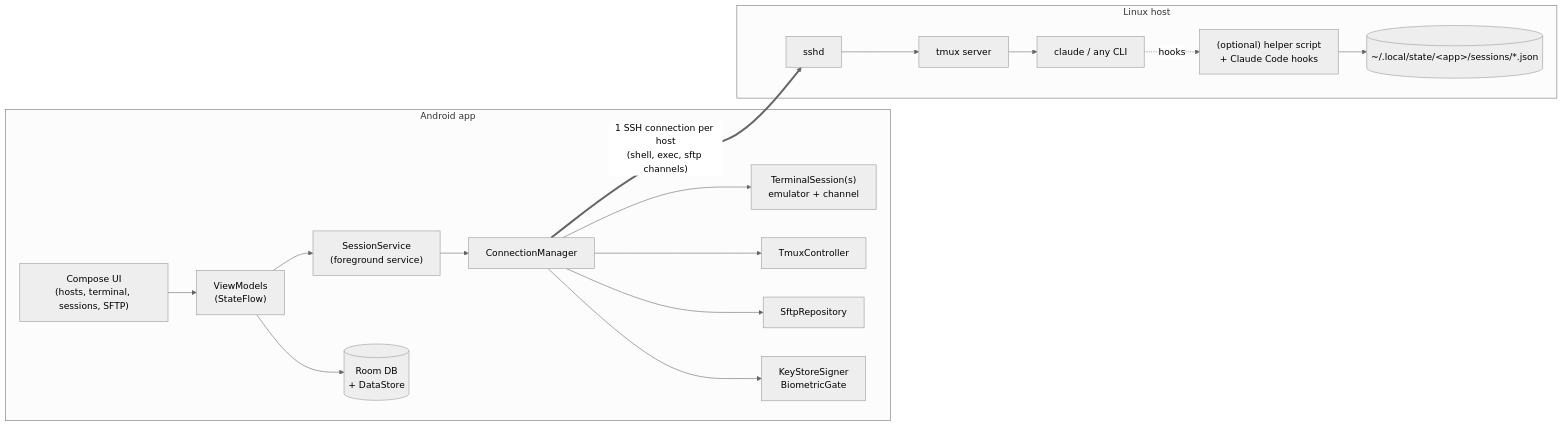
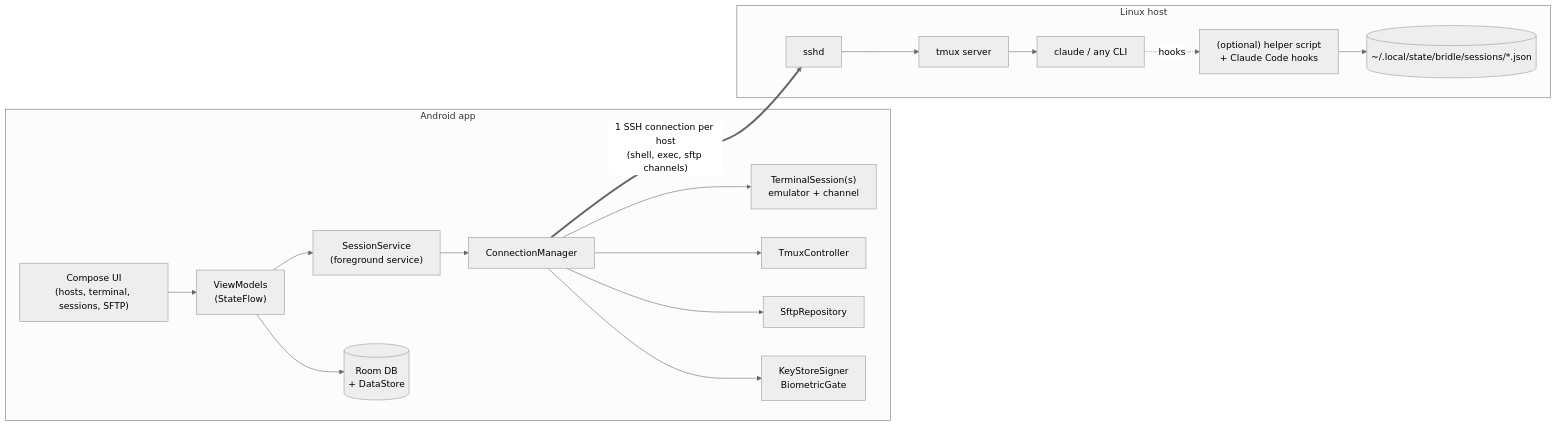
The diagram in docs/02-architecture.md (kitefold-labs/bridle), drawn with Mermaid (neutral theme) before and after one commit. The commit also changed other lines of this file and 6 other files, not shown here.

First line of the commit message:
Name the app Bridle (Kitefold Labs), add Apache-2.0 license, apply decisions

````diff
--- a/docs/02-architecture.md
+++ b/docs/02-architecture.md
@@ -5,31 +5,31 @@
 ```mermaid
 flowchart LR
   subgraph Phone["Android app"]
     UI["Compose UI<br/>(hosts, terminal, sessions, SFTP)"]
     VM["ViewModels<br/>(StateFlow)"]
     SVC["SessionService<br/>(foreground service)"]
     CM["ConnectionManager"]
     TS["TerminalSession(s)<br/>emulator + channel"]
     TMX["TmuxController"]
     SFTP["SftpRepository"]
     SEC["KeyStoreSigner<br/>BiometricGate"]
     DB[("Room DB<br/>+ DataStore")]
     UI --> VM --> SVC
     SVC --> CM
     CM --> TS
     CM --> TMX
     CM --> SFTP
     CM --> SEC
     VM --> DB
   end
   subgraph Host["Linux host"]
     SSHD["sshd"]
     TMUX["tmux server"]
     CLAUDE["claude / any CLI"]
     HELPER["(optional) helper script<br/>+ Claude Code hooks"]
-    STATE[("~/.local/state/&lt;app&gt;/sessions/*.json")]
+    STATE[("~/.local/state/bridle/sessions/*.json")]
     SSHD --> TMUX --> CLAUDE
     CLAUDE -. hooks .-> HELPER --> STATE
   end
   CM == "1 SSH connection per host<br/>(shell, exec, sftp channels)" ==> SSHD
 ```
````
